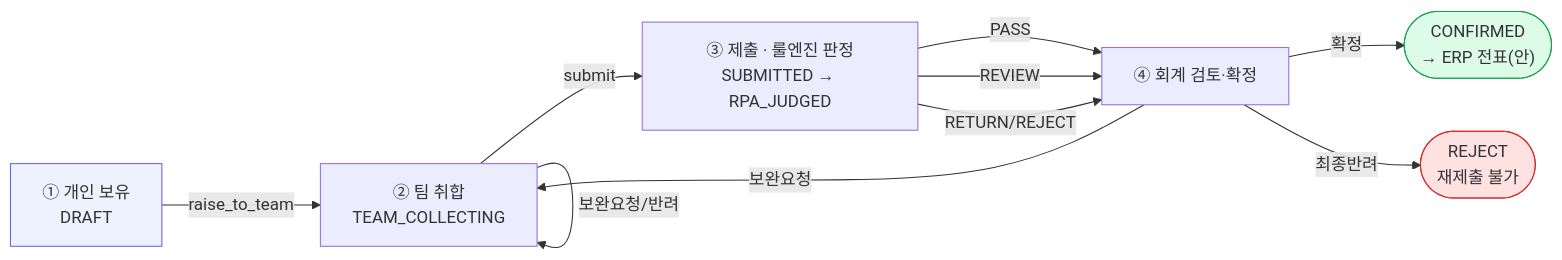
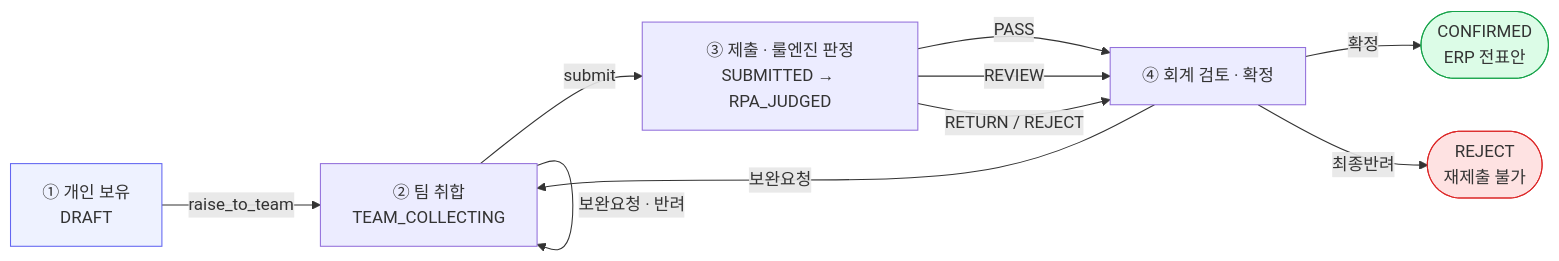
One commit to SKNETWORKS-FAMILY-AICAMP/SKN29-FINAL-1TEAM changed the first of 2 diagrams in README.md. Above: the diagram before and after it, drawn with Mermaid. The commit also changed other lines of this file, not shown here.

First line of the commit message:
fix: README Mermaid 다이어그램 렌더링 오류 수정

````diff
--- a/README.md
+++ b/README.md
@@ -69,16 +69,16 @@
 ```mermaid
 flowchart LR
-    A["① 개인 보유\nDRAFT"] -->|raise_to_team| B["② 팀 취합\nTEAM_COLLECTING"]
-    B -->|보완요청/반려| B
-    B -->|submit| C["③ 제출 · 룰엔진 판정\nSUBMITTED → RPA_JUDGED"]
-    C -->|"PASS"| D["④ 회계 검토·확정"]
-    C -->|"REVIEW"| D
-    C -->|"RETURN/REJECT"| D
-    D -->|확정| E(["CONFIRMED\n→ ERP 전표(안)"])
+    A["① 개인 보유<br/>DRAFT"] -->|raise_to_team| B["② 팀 취합<br/>TEAM_COLLECTING"]
+    B -->|보완요청 · 반려| B
+    B -->|submit| C["③ 제출 · 룰엔진 판정<br/>SUBMITTED → RPA_JUDGED"]
+    C -->|PASS| D["④ 회계 검토 · 확정"]
+    C -->|REVIEW| D
+    C -->|RETURN / REJECT| D
+    D -->|확정| E(["CONFIRMED<br/>ERP 전표안"])
     D -->|보완요청| B
-    D -->|최종반려| F(["REJECT\n재제출 불가"])
+    D -->|최종반려| F(["REJECT<br/>재제출 불가"])
 
     style A fill:#eef2ff,stroke:#6366f1
     style E fill:#dcfce7,stroke:#16a34a
     style F fill:#fee2e2,stroke:#dc2626
 ```
````
